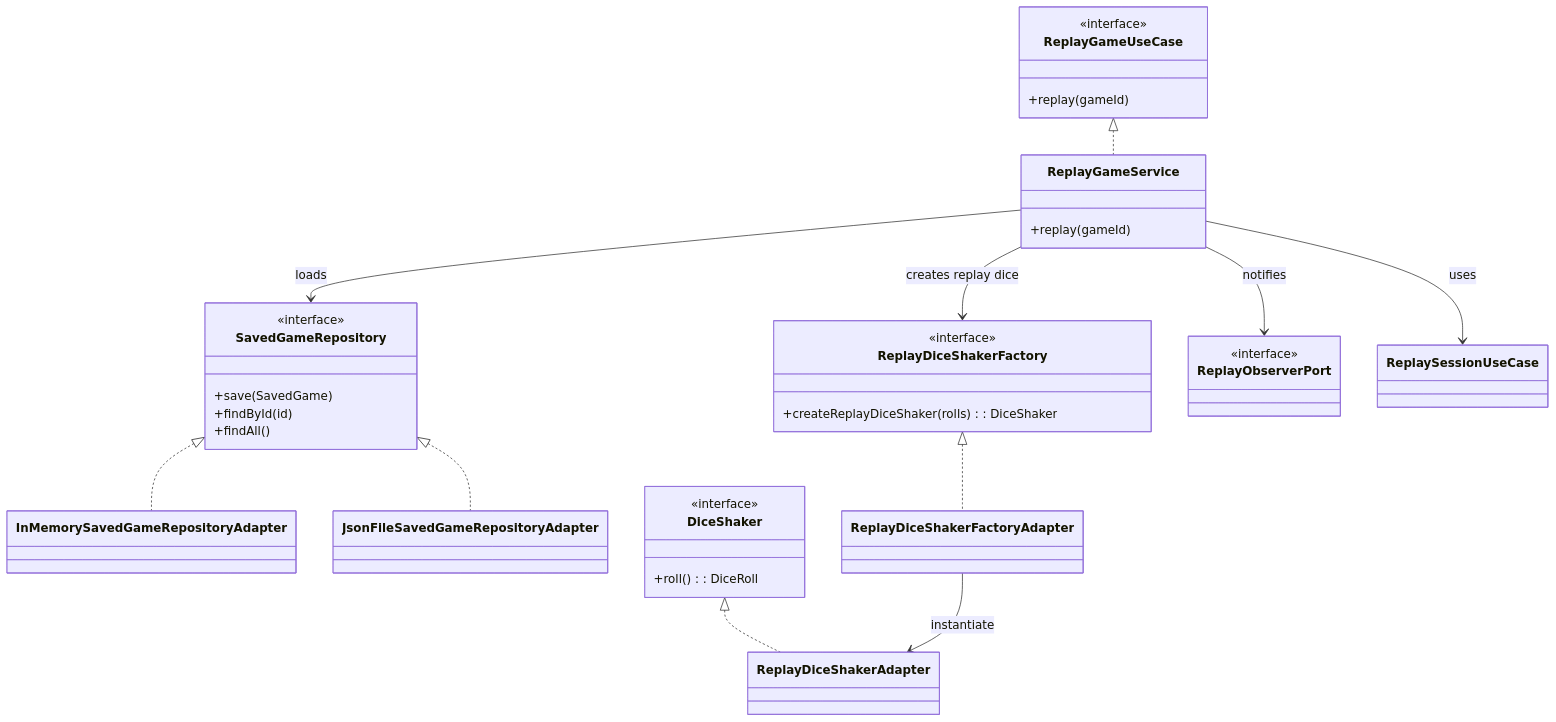
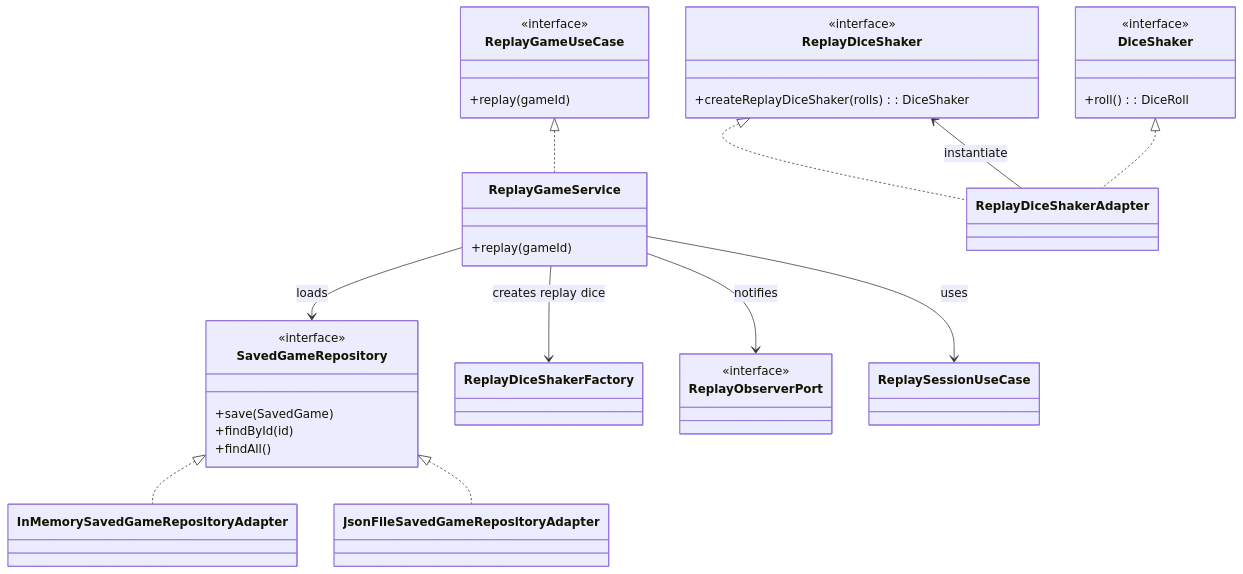
Before and after one commit to SirRmelTheThird/HyperJump: diagram 19 of 30 in README.md, drawn with Mermaid. The commit also changed other lines of this file, not shown here.

````diff
--- a/README.md
+++ b/README.md
@@ -897,57 +850,57 @@
 ```mermaid
 classDiagram
     ReplayGameUseCase <|.. ReplayGameService
 
     ReplayGameService --> SavedGameRepository : loads
     ReplayGameService --> ReplayDiceShakerFactory : creates replay dice
     ReplayGameService --> ReplayObserverPort : notifies
     ReplayGameService --> ReplaySessionUseCase : uses
 
     SavedGameRepository <|.. InMemorySavedGameRepositoryAdapter
     SavedGameRepository <|.. JsonFileSavedGameRepositoryAdapter
 
-    ReplayDiceShakerFactory <|.. ReplayDiceShakerFactoryAdapter
+    ReplayDiceShaker <|.. ReplayDiceShakerAdapter
     DiceShaker <|.. ReplayDiceShakerAdapter
 
-    ReplayDiceShakerFactoryAdapter --> ReplayDiceShakerAdapter : instantiate
+    ReplayDiceShakerAdapter --> ReplayDiceShaker : instantiate
 
     class ReplayGameUseCase {
         <<interface>>
         +replay(gameId)
     }
 
     class ReplayGameService {
         +replay(gameId)
     }
 
     class SavedGameRepository {
         <<interface>>
         +save(SavedGame)
         +findById(id)
         +findAll()
     }
 
-    class ReplayDiceShakerFactory {
+    class ReplayDiceShaker {
         <<interface>>
         +createReplayDiceShaker(rolls): DiceShaker
     }
 
     class DiceShaker {
         <<interface>>
         +roll(): DiceRoll
     }
 
     class ReplayObserverPort {
         <<interface>>
     }
 
     class ReplaySessionUseCase
 
     class InMemorySavedGameRepositoryAdapter
 
     class JsonFileSavedGameRepositoryAdapter
 
-    class ReplayDiceShakerFactoryAdapter
+    class ReplayDiceShakerAdapter
 
     class ReplayDiceShakerAdapter
 ```
````
